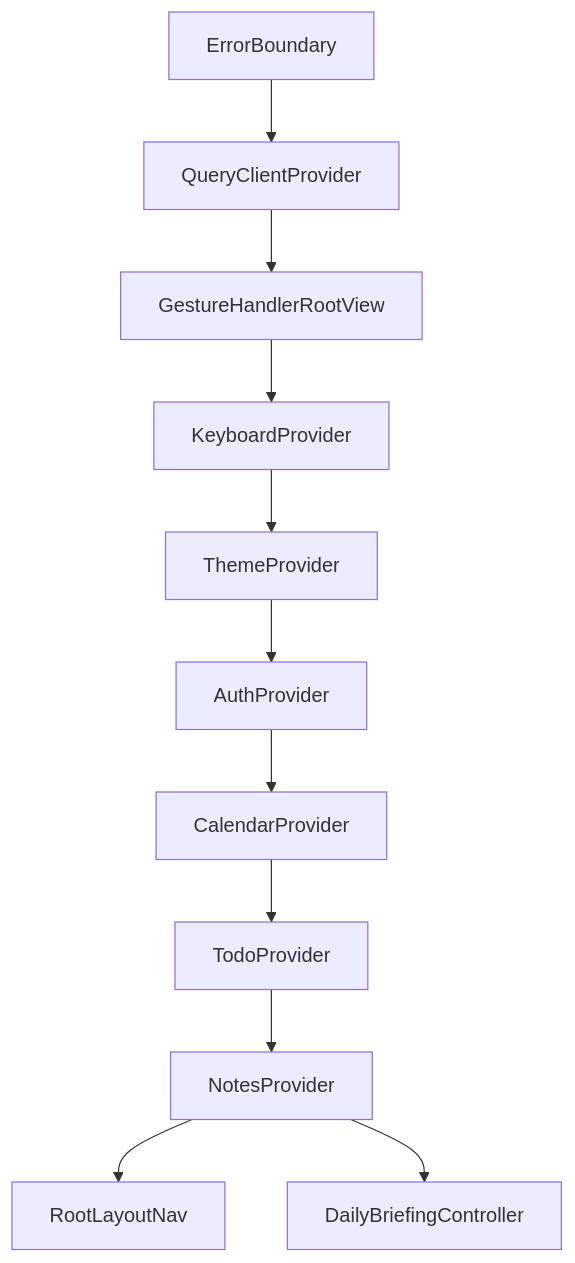
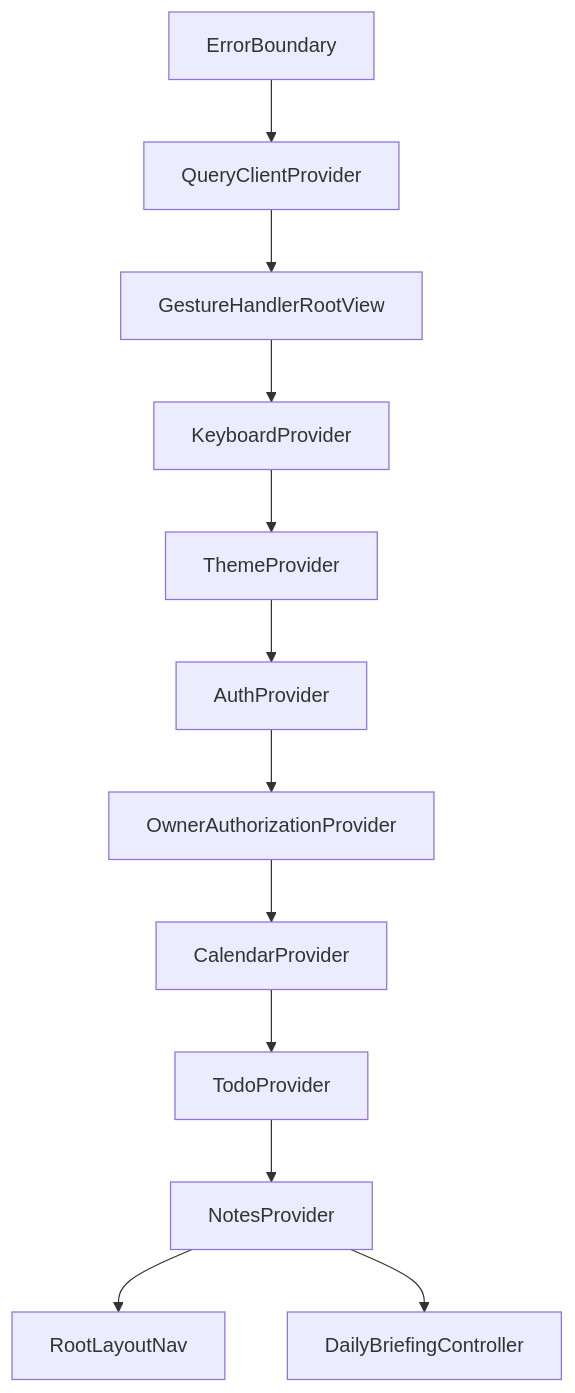
Before and after one commit to mrpjb2u00/PJB-Daily: the first of 3 diagrams in docs/ARCHITECTURE.md, drawn with Mermaid. The commit also changed other lines of this file and 9 other files, not shown here.

Commit message:
feat(owner): add secure owner authorization foundation

````diff
--- a/docs/ARCHITECTURE.md
+++ b/docs/ARCHITECTURE.md
@@ -24,13 +24,14 @@
 ```mermaid
 flowchart TD
   ErrorBoundary --> QueryClientProvider
   QueryClientProvider --> GestureHandlerRootView
   GestureHandlerRootView --> KeyboardProvider
   KeyboardProvider --> ThemeProvider
   ThemeProvider --> AuthProvider
-  AuthProvider --> CalendarProvider
+  AuthProvider --> OwnerAuthorizationProvider
+  OwnerAuthorizationProvider --> CalendarProvider
   CalendarProvider --> TodoProvider
   TodoProvider --> NotesProvider
   NotesProvider --> RootLayoutNav
   NotesProvider --> DailyBriefingController
 ```
````
